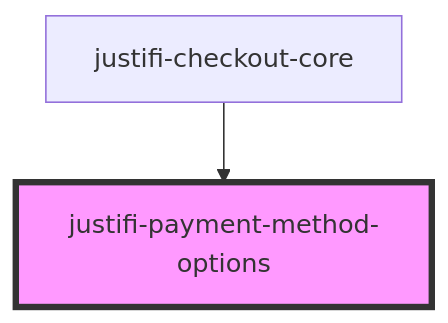
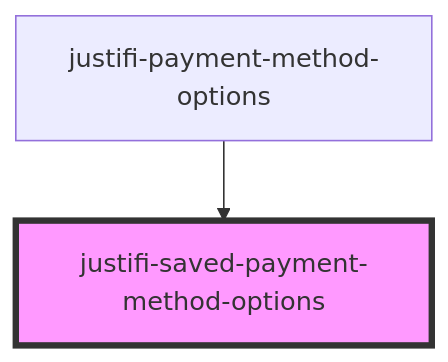
The diagram in packages/webcomponents/src/components/checkout/readme.md (justifi-tech/web-component-library), drawn with Mermaid before and after one commit. The commit also changed other lines of this file and 13 other files, not shown here.

Commit message:
refactor payment method options

````diff
--- a/packages/webcomponents/src/components/checkout/readme.md
+++ b/packages/webcomponents/src/components/checkout/readme.md
@@ -59,5 +62,5 @@
 ```mermaid
 graph TD;
-  justifi-checkout-core --> justifi-payment-method-options
-  style justifi-payment-method-options fill:#f9f,stroke:#333,stroke-width:4px
+  justifi-payment-method-options --> justifi-saved-payment-method-options
+  style justifi-saved-payment-method-options fill:#f9f,stroke:#333,stroke-width:4px
 ```
````
